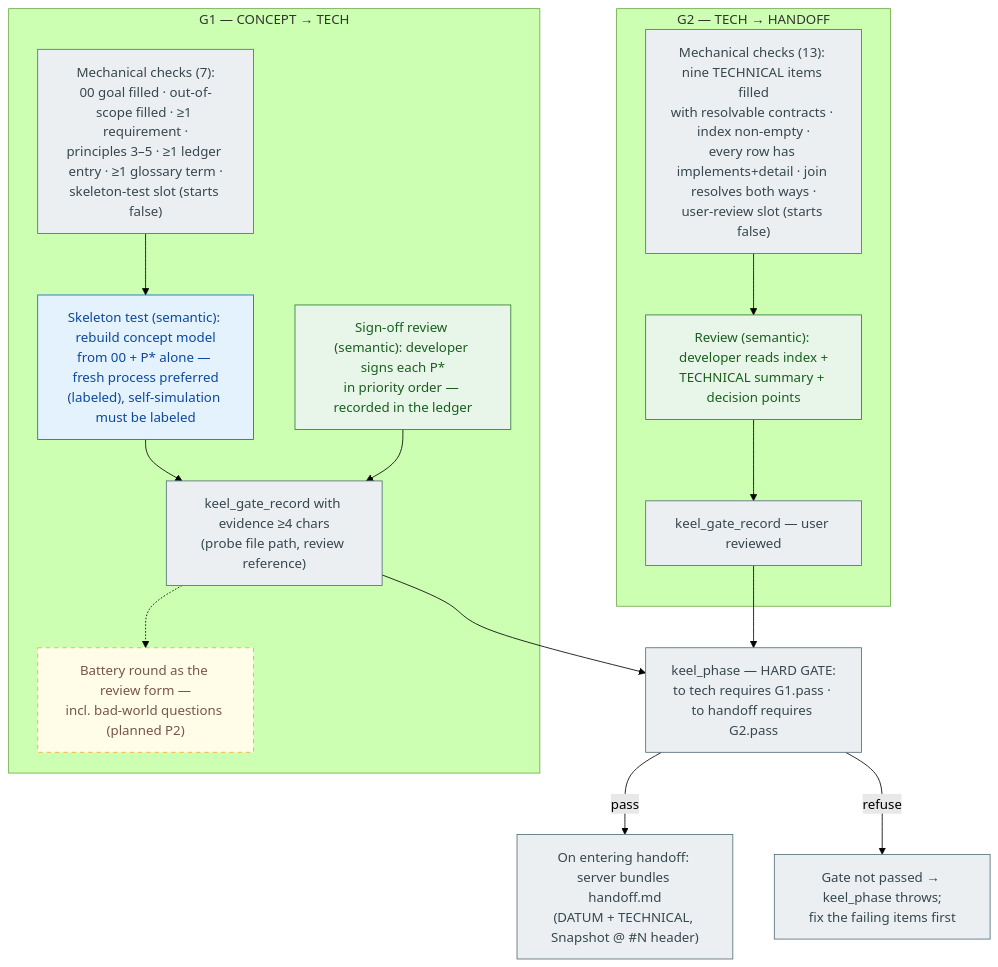
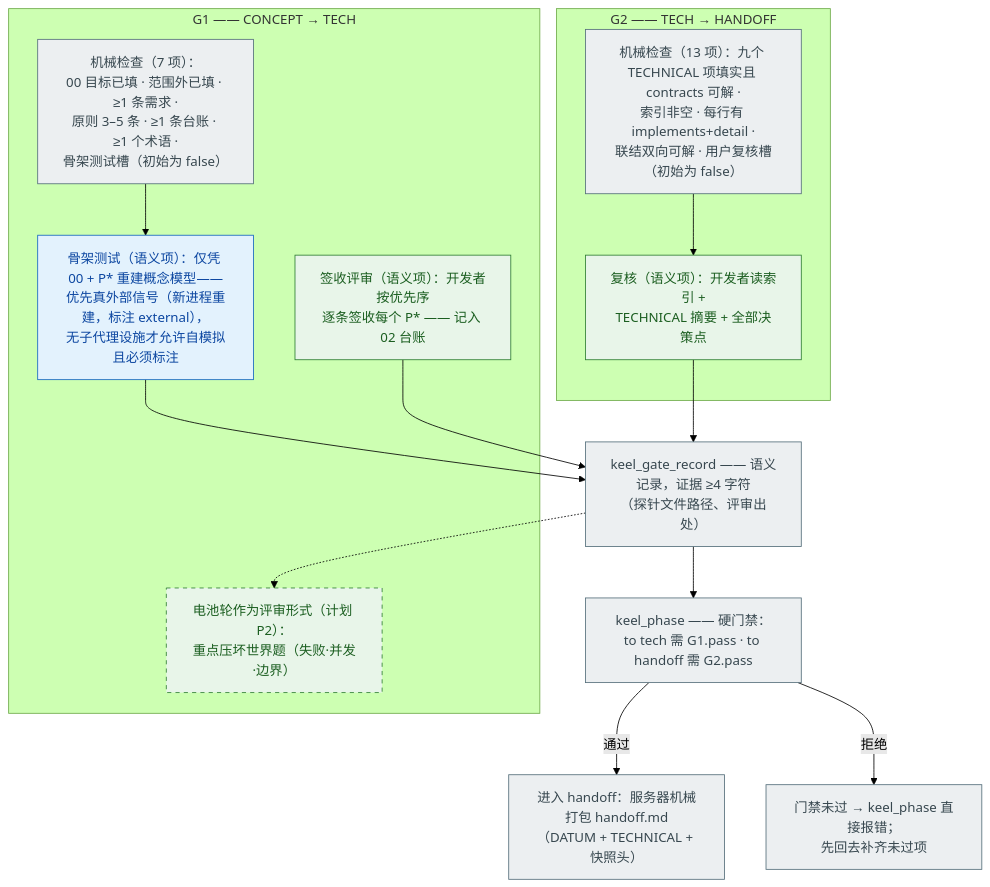
One commit to maxi3777/Keel changed the fifth of 10 diagrams in docs/MENTAL-MODEL.md. Above: the diagram before and after it, drawn with Mermaid (forest theme). The commit also changed other lines of this file, not shown here.

First line of the commit message:
docs: MENTAL-MODEL v2 — master/detail structure, Chinese, border-only planning marks

````diff
--- a/docs/MENTAL-MODEL.md
+++ b/docs/MENTAL-MODEL.md
@@ -242,31 +229,29 @@
 ```mermaid
 flowchart TD
-    subgraph G1["G1 — CONCEPT → TECH"]
-    M1["Mechanical checks (7):<br/>00 goal filled · out-of-scope filled · ≥1 requirement ·<br/>principles 3–5 · ≥1 ledger entry · ≥1 glossary term ·<br/>skeleton-test slot (starts false)"]:::mech
-    S1["Skeleton test (semantic): rebuild concept model<br/>from 00 + P* alone — fresh process preferred<br/>(labeled), self-simulation must be labeled"]:::ai
-    R1["Sign-off review (semantic): developer signs each P*<br/>in priority order — recorded in the ledger"]:::human
-    REC1["keel_gate_record with evidence ≥4 chars<br/>(probe file path, review reference)"]:::mech
-    B1["Battery round as the review form —<br/>incl. bad-world questions (planned P2)"]:::planned
+    subgraph G1S["G1 —— CONCEPT → TECH"]
+    M1C["机械检查（7 项）：<br/>00 目标已填 · 范围外已填 · ≥1 条需求 ·<br/>原则 3–5 条 · ≥1 条台账 · ≥1 个术语 ·<br/>骨架测试槽（初始为 false）"]:::mech
+    S1["骨架测试（语义项）：仅凭 00 + P* 重建概念模型——<br/>优先真外部信号（新进程重建，标注 external），<br/>无子代理设施才允许自模拟且必须标注"]:::ai
+    R1["签收评审（语义项）：开发者按优先序<br/>逐条签收每个 P* —— 记入 02 台账"]:::human
+    B1["电池轮作为评审形式（计划 P2）：<br/>重点压坏世界题（失败·并发·边界）"]:::planhuman
     end
-    subgraph G2["G2 — TECH → HANDOFF"]
-    M2["Mechanical checks (13): nine TECHNICAL items filled<br/>with resolvable contracts · index non-empty ·<br/>every row has implements+detail · join resolves both ways ·<br/>user-review slot (starts false)"]:::mech
-    R2["Review (semantic): developer reads index +<br/>TECHNICAL summary + decision points"]:::human
-    REC2["keel_gate_record — user reviewed"]:::mech
+    subgraph G2S["G2 —— TECH → HANDOFF"]
+    M2C["机械检查（13 项）：九个 TECHNICAL 项填实且 contracts 可解 ·<br/>索引非空 · 每行有 implements+detail ·<br/>联结双向可解 · 用户复核槽（初始为 false）"]:::mech
+    R2["复核（语义项）：开发者读索引 +<br/>TECHNICAL 摘要 + 全部决策点"]:::human
     end
-    PH["keel_phase — HARD GATE:<br/>to tech requires G1.pass · to handoff requires G2.pass"]:::mech
-    SNAP["On entering handoff: server bundles handoff.md<br/>(DATUM + TECHNICAL, Snapshot @ #N header)"]:::mech
-    FAIL1["Gate not passed → keel_phase throws;<br/>fix the failing items first"]:::mech
+    REC["keel_gate_record —— 语义记录，证据 ≥4 字符<br/>（探针文件路径、评审出处）"]:::mech
+    PH["keel_phase —— 硬门禁：<br/>to tech 需 G1.pass · to handoff 需 G2.pass"]:::mech
+    SNAP["进入 handoff：服务器机械打包 handoff.md<br/>（DATUM + TECHNICAL + 快照头）"]:::mech
+    FAIL["门禁未过 → keel_phase 直接报错；<br/>先回去补齐未过项"]:::mech
 
-    M1 --> S1 --> REC1
-    R1 --> REC1
-    REC1 -.-> B1
-    M2 --> R2 --> REC2
-    REC1 --> PH
-    REC2 --> PH
-    PH -->|"pass"| SNAP
-    PH -->|"refuse"| FAIL1
+    M1C --> S1 --> REC
+    R1 --> REC
+    REC -.-> B1
+    M2C --> R2 --> REC
+    REC --> PH
+    PH -->|"通过"| SNAP
+    PH -->|"拒绝"| FAIL
     classDef human fill:#e8f5e9,stroke:#2e7d32,color:#1b5e20
     classDef ai fill:#e3f2fd,stroke:#1565c0,color:#0d47a1
     classDef mech fill:#eceff1,stroke:#546e7a,color:#37474f
-    classDef planned fill:#fffde7,stroke:#f9a825,stroke-dasharray:5 5,color:#795548
+    classDef planhuman fill:#e8f5e9,stroke:#2e7d32,stroke-dasharray:5 5,color:#1b5e20
 ```
````
